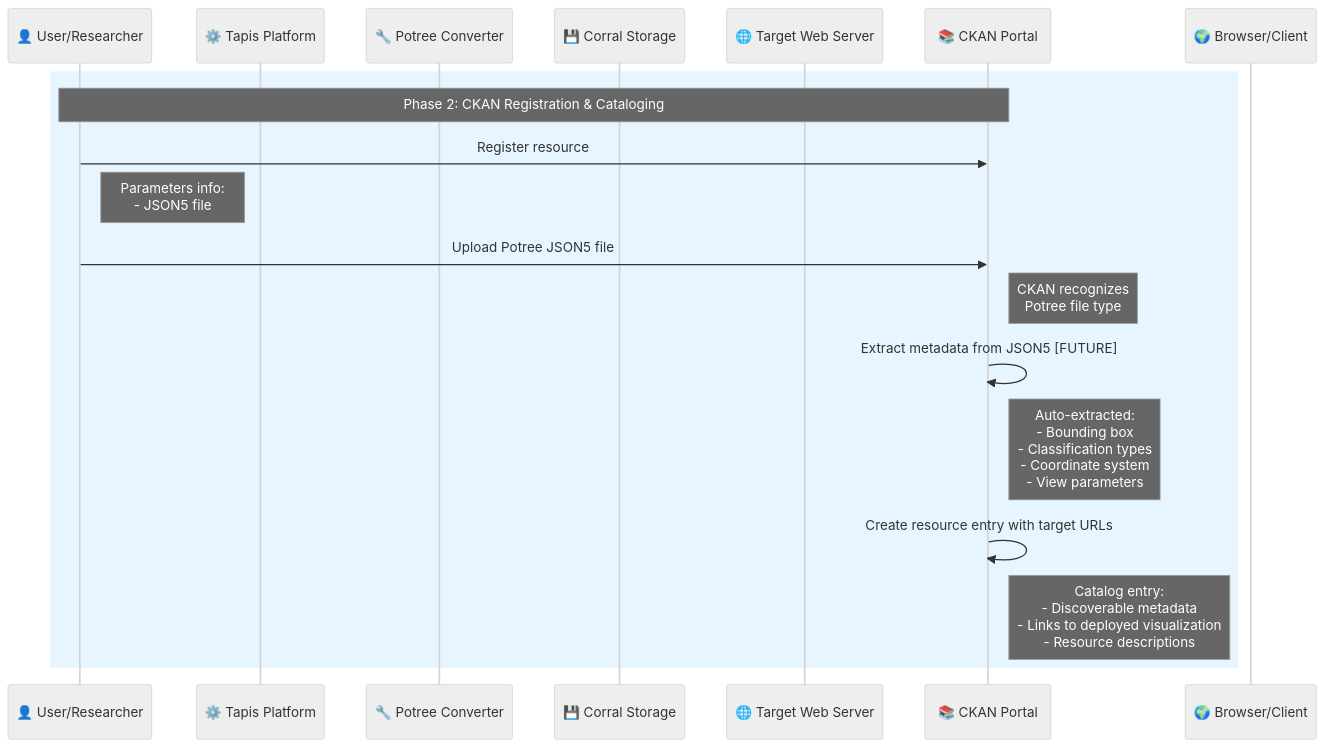
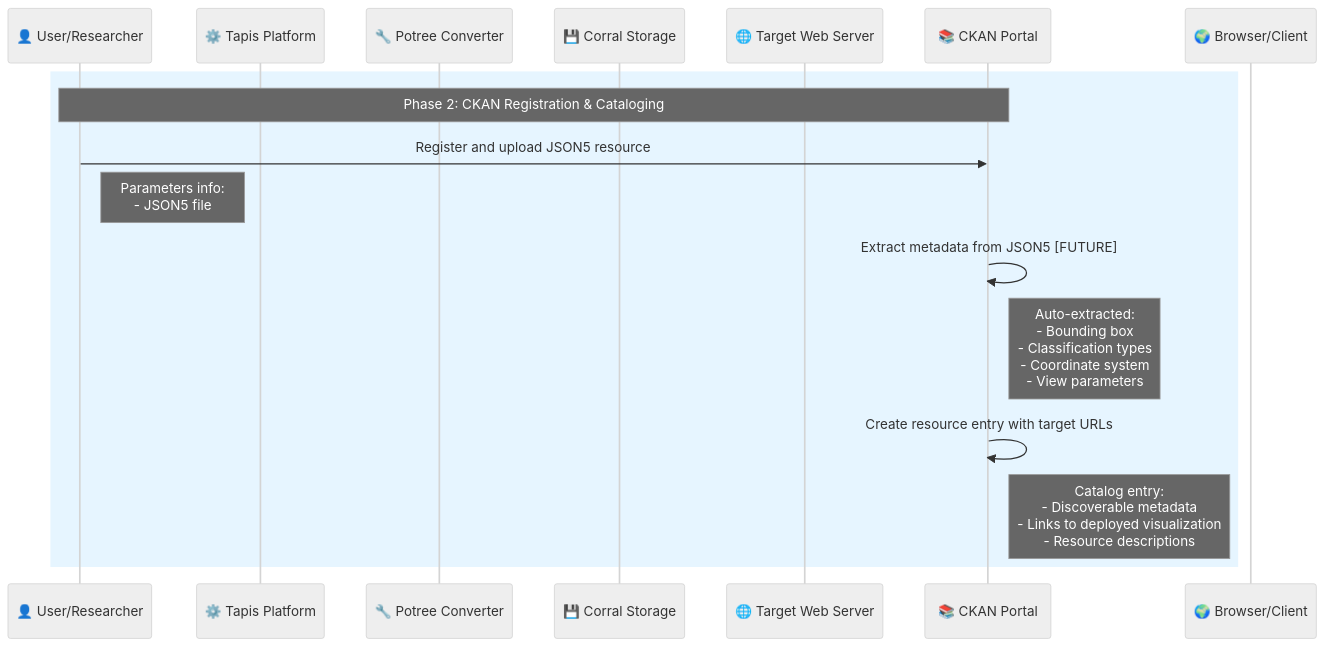
The second of 5 diagrams in README-pipeline.md (In-For-Disaster-Analytics/potree), drawn with Mermaid before and after one commit. The commit also changed other lines of this file, not shown here.

Commit message:
fix: update sequence diagram for DataX integration and clarify user actions

````diff
--- a/README-pipeline.md
+++ b/README-pipeline.md
@@ -114,28 +125,25 @@
 ```mermaid
 %%{ init : { "theme" : "neutral", "themeVariables" : { "primaryColor" : "#fff", "primaryTextColor" : "#000", "primaryBorderColor" : "#000", "lineColor" : "#000", "secondaryColor" : "#f8f8f8", "tertiaryColor" : "#f0f0f0" }}}%%
 sequenceDiagram
     participant User as 👤 User/Researcher
     participant Tapis as ⚙️ Tapis Platform
     participant Potree as 🔧 Potree Converter
     participant Corral as 💾 Corral Storage
     participant Target as 🌐 Target Web Server
     participant CKAN as 📚 CKAN Portal
     participant Browser as 🌍 Browser/Client
 
     %% CKAN Registration Phase
     rect rgb(230, 245, 255)
         Note over User,CKAN: Phase 2: CKAN Registration & Cataloging
-        User->>CKAN: Register resource
+        User->>CKAN: Register and upload JSON5 resource
         Note right of User: Parameters info:<br/>- JSON5 file
-
-        User->>CKAN: Upload Potree JSON5 file
-        Note right of CKAN: CKAN recognizes<br/>Potree file type
 
         CKAN->>CKAN: Extract metadata from JSON5 [FUTURE]
         Note right of CKAN: Auto-extracted:<br/>- Bounding box<br/>- Classification types<br/>- Coordinate system<br/>- View parameters
 
         CKAN->>CKAN: Create resource entry with target URLs
         Note right of CKAN: Catalog entry:<br/>- Discoverable metadata<br/>- Links to deployed visualization<br/>- Resource descriptions
     end
 
 ```
````
